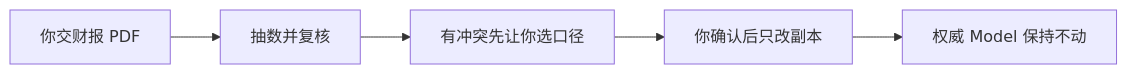
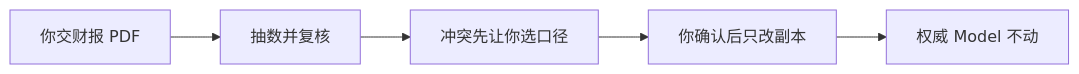
Before and after one commit to ZEYICHEN-md/ir-workbench: the seventh of 7 diagrams in docs/HANDOVER.md, drawn with Mermaid. The commit also changed other lines of this file, not shown here.

First line of the commit message:
Restore the handover's chapter skeleton and architecture diagrams, and rewrite the prose in plain Chinese.

````diff
--- a/docs/HANDOVER.md
+++ b/docs/HANDOVER.md
@@ -204,7 +226,7 @@
 ```mermaid
 flowchart LR
-    A[你交财报 PDF] --> B[抽数并复核]
-    B --> C[有冲突先让你选口径]
-    C --> D[你确认后只改副本]
-    D --> E[权威 Model 保持不动]
+    A["你交财报 PDF"] --> B["抽数并复核"]
+    B --> C["冲突先让你选口径"]
+    C --> D["你确认后只改副本"]
+    D --> E["权威 Model 不动"]
 ```
````
